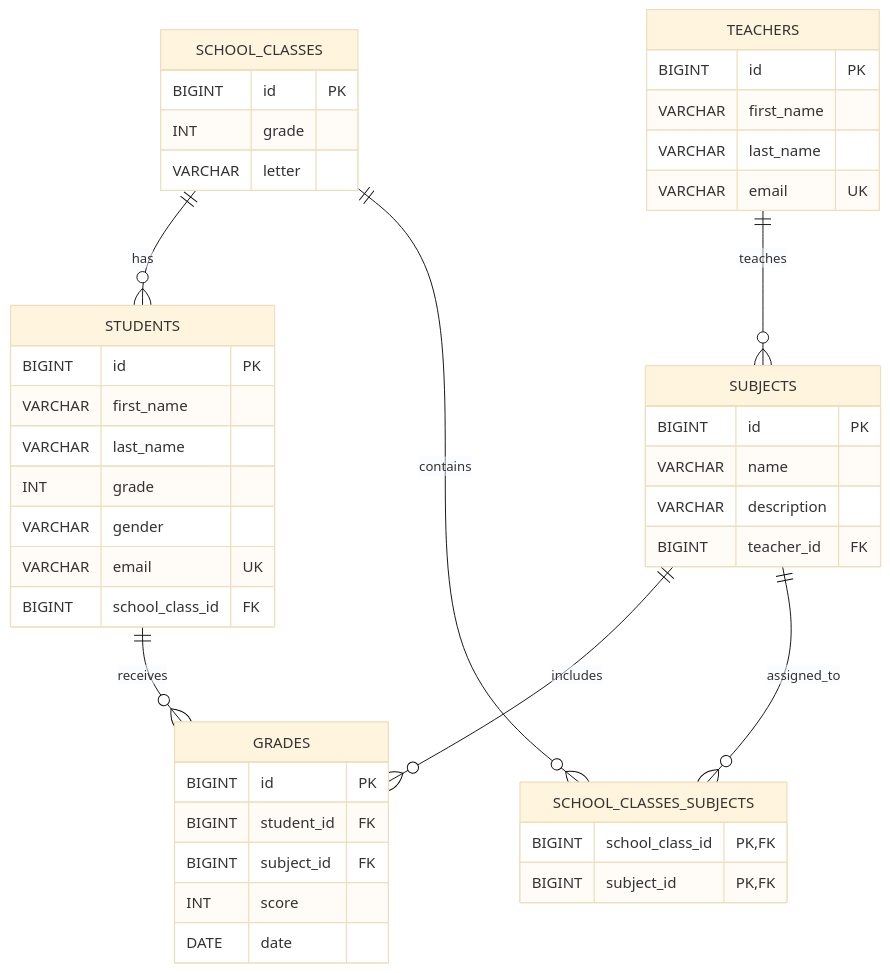
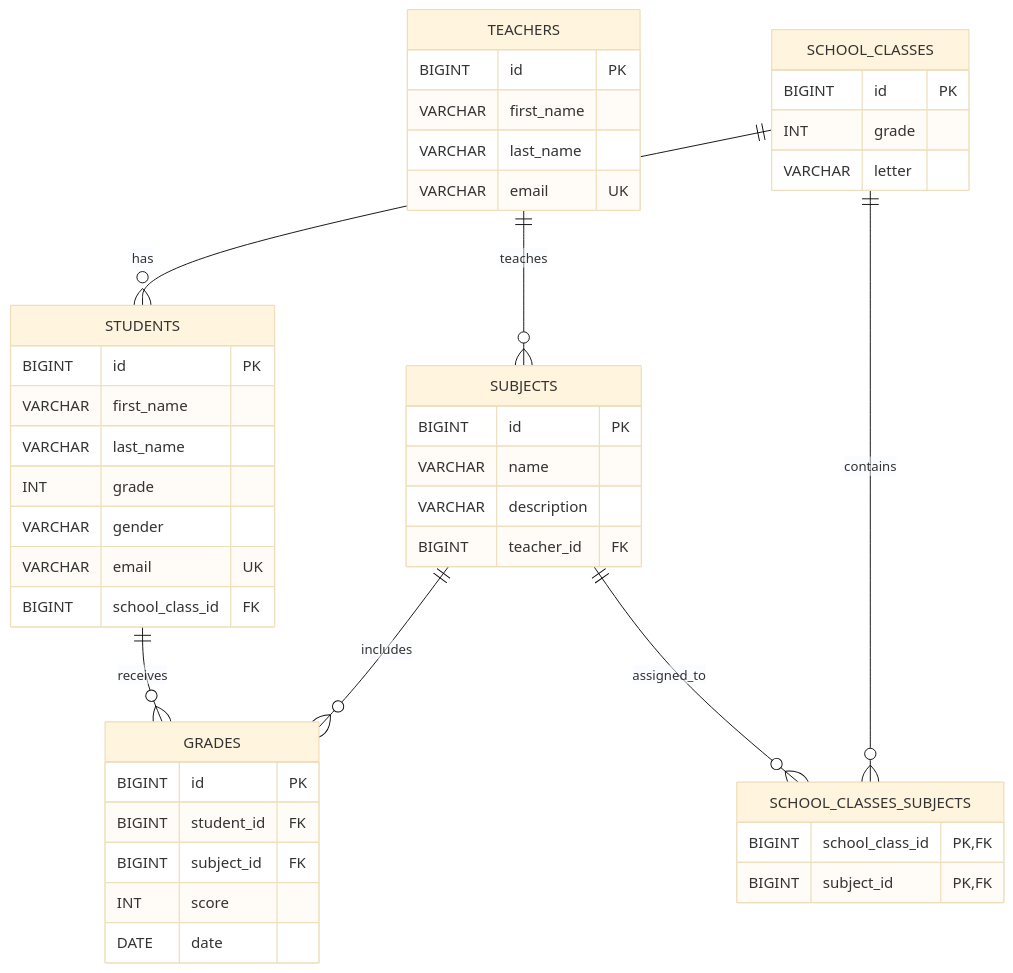
The diagram in README.md (tecris-unk/school-project), drawn with Mermaid (base theme) before and after one commit.

````diff
--- a/README.md
+++ b/README.md
@@ -28,52 +28,54 @@
 ```mermaid
 erDiagram
-    SCHOOL_CLASSES ||--o{ STUDENTS : has
-    TEACHERS ||--o{ SUBJECTS : teaches
     STUDENTS ||--o{ GRADES : receives
     SUBJECTS ||--o{ GRADES : includes
+    TEACHERS ||--o{ SUBJECTS : teaches
+    SUBJECTS ||--o{ SCHOOL_CLASSES_SUBJECTS : assigned_to
+    SCHOOL_CLASSES ||--o{ STUDENTS : has
     SCHOOL_CLASSES ||--o{ SCHOOL_CLASSES_SUBJECTS : contains
-    SUBJECTS ||--o{ SCHOOL_CLASSES_SUBJECTS : assigned_to
 
     SCHOOL_CLASSES {
         BIGINT id PK
         INT grade
         VARCHAR letter
     }
 
     STUDENTS {
         BIGINT id PK
         VARCHAR first_name
         VARCHAR last_name
         INT grade
         VARCHAR gender
         VARCHAR email UK
         BIGINT school_class_id FK
+    }
+
+    SCHOOL_CLASSES_SUBJECTS {
+        BIGINT school_class_id PK, FK
+        BIGINT subject_id PK, FK
     }
 
     TEACHERS {
         BIGINT id PK
         VARCHAR first_name
         VARCHAR last_name
         VARCHAR email UK
     }
 
     SUBJECTS {
         BIGINT id PK
         VARCHAR name
         VARCHAR description
         BIGINT teacher_id FK
     }
 
     GRADES {
         BIGINT id PK
         BIGINT student_id FK
         BIGINT subject_id FK
         INT score
         DATE date
     }
 
-    SCHOOL_CLASSES_SUBJECTS {
-        BIGINT school_class_id PK, FK
-        BIGINT subject_id PK, FK
-    }
+    
 ```
````
